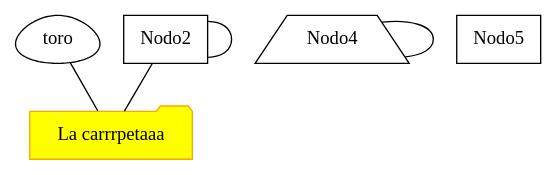
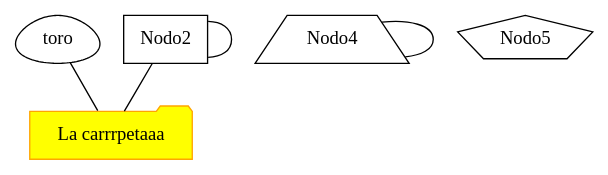
The diagram in tutos/graphviz/tuto00/prueba.gv (alejandro-varela/libreitor), drawn with Graphviz before and after one commit.

Commit message:
bugfix triplepentagon no existe

```diff
--- a/tutos/graphviz/tuto00/prueba.gv
+++ b/tutos/graphviz/tuto00/prueba.gv
@@ -1,16 +1,16 @@
 graph Prueba
 {
     fontsize = 12;
     fontname = "Tahoma";
 
     Nodo1[shape="egg",label="toro",labelfontcolor=green,labeltooltip="ale"];
     Nodo2[shape=box];
     Nodo3[shape=folder,label="La carrrpetaaa",fillcolor=yellow,color=orange,style=filled];
     Nodo4[shape=trapezium];
-    Nodo5[shape=triplepentagon];
+    Nodo5[shape=pentagon];
 
     Nodo1 -- Nodo3;
     Nodo2 -- Nodo2;
     Nodo2 -- Nodo3;
     Nodo4 -- Nodo4;
 }
```
